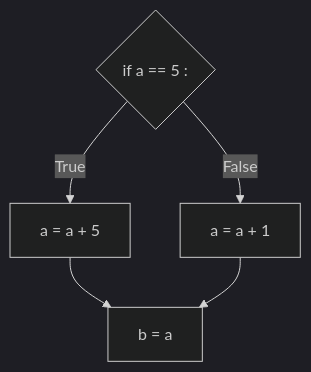
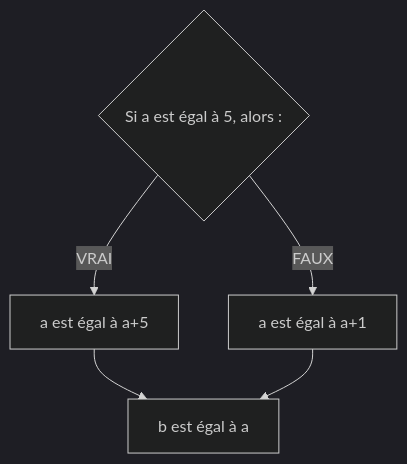
Before and after one commit to boddaert/nsi: the eighth of 10 diagrams in première/Langages_et_programmation/Constructions_élémentaires/Instructions_conditionnelles.md, drawn with Mermaid (dark theme). The commit also changed other lines of this file, not shown here.

````diff
--- a/première/Langages_et_programmation/Constructions_élémentaires/Instructions_conditionnelles.md
+++ b/première/Langages_et_programmation/Constructions_élémentaires/Instructions_conditionnelles.md
@@ -210,8 +210,8 @@
 ```mermaid
   graph TB;
-      A{if a == 5 :};
-      A--True-->B[a = a + 5];
-      A--False-->C[a = a + 1];
-      B-->D[b = a];
-      C-->D[b = a];
+      A{Si a est égal à 5, alors :};
+      A--VRAI-->B[a est égal à a+5];
+      A--FAUX-->C[a est égal à a+1];
+      B-->D[b est égal à a];
+      C-->D[b est égal à a];
 ```
````
